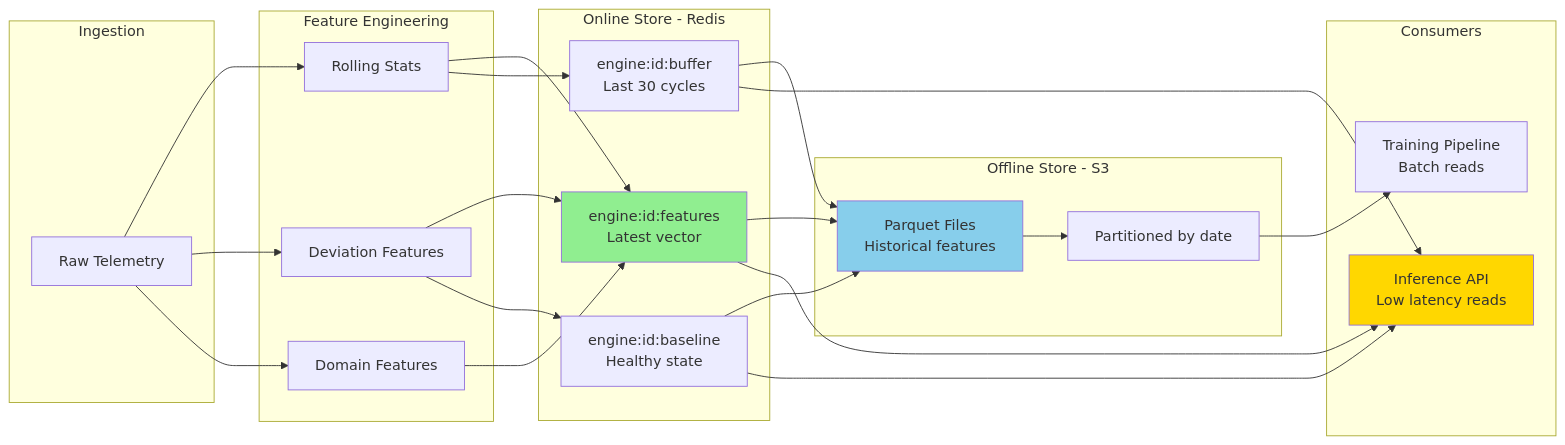
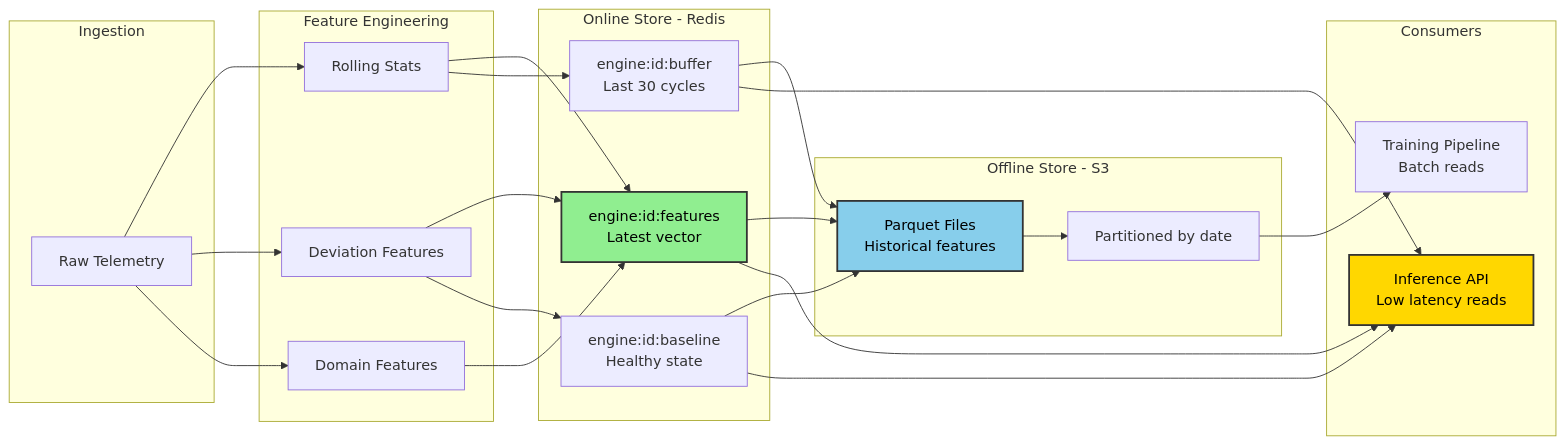
Before and after one commit to nasim-raj-laskar/Real-Time-Aircraft-Engine-Predictive-Maintenance-System: the fifth of 8 diagrams in docs/09_architecture.md, drawn with Mermaid. The commit also changed other lines of this file and 8 other files, not shown here.

````diff
--- a/docs/09_architecture.md
+++ b/docs/09_architecture.md
@@ -231,53 +231,53 @@
 ```mermaid
 flowchart LR
     subgraph Ingestion
         A[Raw Telemetry]
     end
     
     subgraph Feature Engineering
         B[Rolling Stats]
         C[Deviation Features]
         D[Domain Features]
     end
     
     subgraph Online Store - Redis
         E[engine:id:features<br/>Latest vector]
         F[engine:id:buffer<br/>Last 30 cycles]
         G[engine:id:baseline<br/>Healthy state]
     end
     
     subgraph Offline Store - S3
         H[Parquet Files<br/>Historical features]
         I[Partitioned by date]
     end
     
     subgraph Consumers
         J[Inference API<br/>Low latency reads]
         K[Training Pipeline<br/>Batch reads]
     end
     
     A --> B
     A --> C
     A --> D
     
     B --> E
     C --> E
     D --> E
     
     B --> F
     C --> G
     
     E --> H
     F --> H
     G --> H
     H --> I
     
     E --> J
     F --> J
     G --> J
     I --> K
     
-    style E fill:#90EE90
-    style H fill:#87CEEB
-    style J fill:#FFD700
+    style E fill:#90EE90,stroke:#333,stroke-width:2px,color:#000
+    style H fill:#87CEEB,stroke:#333,stroke-width:2px,color:#000
+    style J fill:#FFD700,stroke:#333,stroke-width:2px,color:#000
 ```
````
